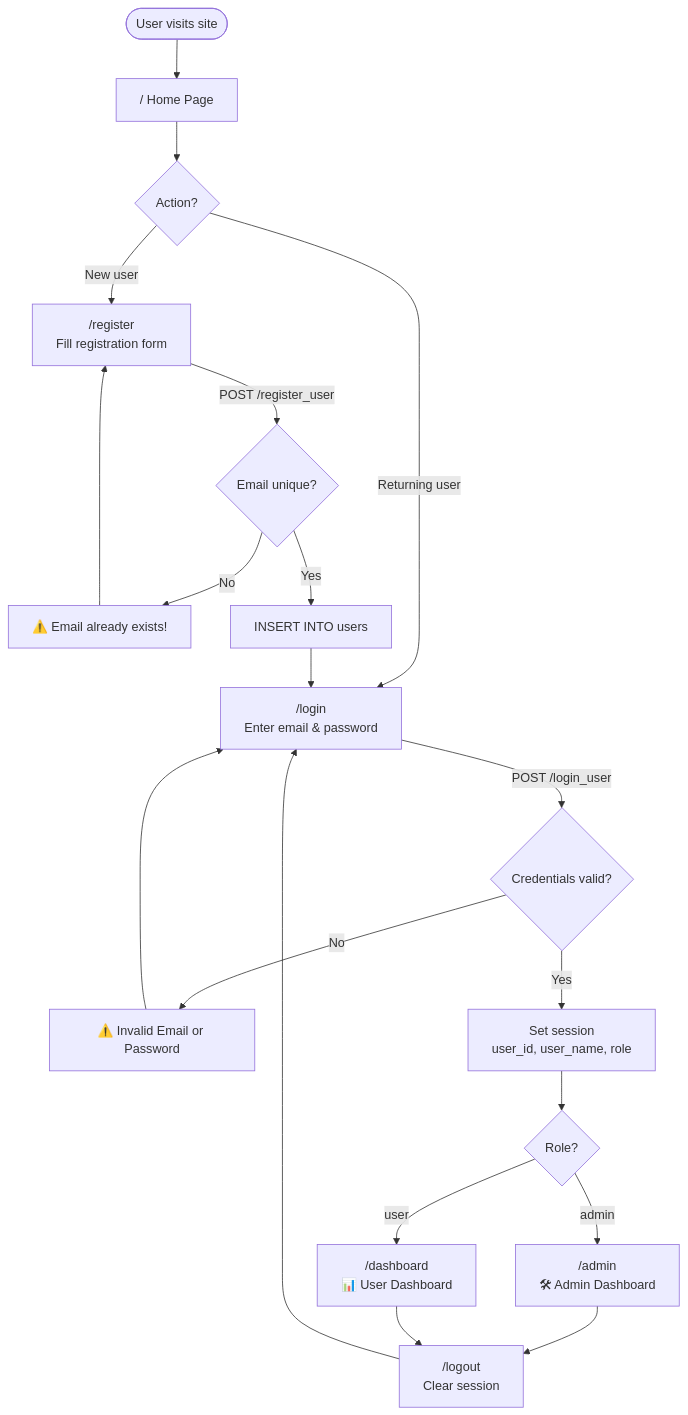
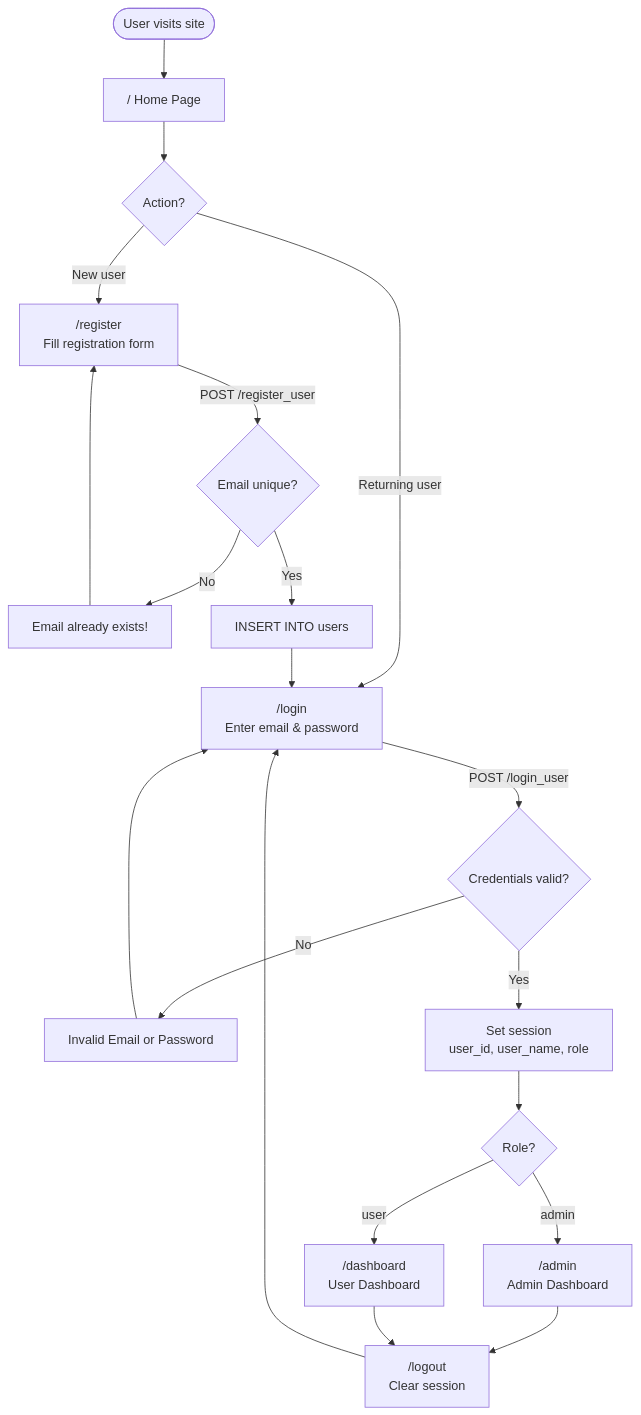
Before and after one commit to ItsMeTinku/smart-market-price-analyzer: the second of 5 diagrams in README.md, drawn with Mermaid. The commit also changed other lines of this file, not shown here.

````diff
--- a/README.md
+++ b/README.md
@@ -147,26 +147,26 @@
 ```mermaid
 flowchart TD
     Start(["User visits site"]) --> Home["/  Home Page"]
     Home --> Choice{"Action?"}
 
     Choice -- "New user" --> Register["/register\nFill registration form"]
     Choice -- "Returning user" --> Login["/login\nEnter email & password"]
 
     Register -- "POST /register_user" --> EmailCheck{"Email unique?"}
-    EmailCheck -- "No" --> ErrEmail["⚠️ Email already exists!"]
+    EmailCheck -- "No" --> ErrEmail[" Email already exists!"]
     ErrEmail --> Register
     EmailCheck -- "Yes" --> InsertUser["INSERT INTO users"]
     InsertUser --> Login
 
     Login -- "POST /login_user" --> CredCheck{"Credentials valid?"}
-    CredCheck -- "No" --> ErrCred["⚠️ Invalid Email or Password"]
+    CredCheck -- "No" --> ErrCred[" Invalid Email or Password"]
     ErrCred --> Login
     CredCheck -- "Yes" --> Session["Set session\nuser_id, user_name, role"]
 
     Session --> RoleCheck{"Role?"}
-    RoleCheck -- "admin" --> AdminDash["/admin\n🛠 Admin Dashboard"]
-    RoleCheck -- "user" --> UserDash["/dashboard\n📊 User Dashboard"]
+    RoleCheck -- "admin" --> AdminDash["/admin\n Admin Dashboard"]
+    RoleCheck -- "user" --> UserDash["/dashboard\n User Dashboard"]
 
     AdminDash & UserDash --> Logout["/logout\nClear session"]
     Logout --> Login
 ```
````
